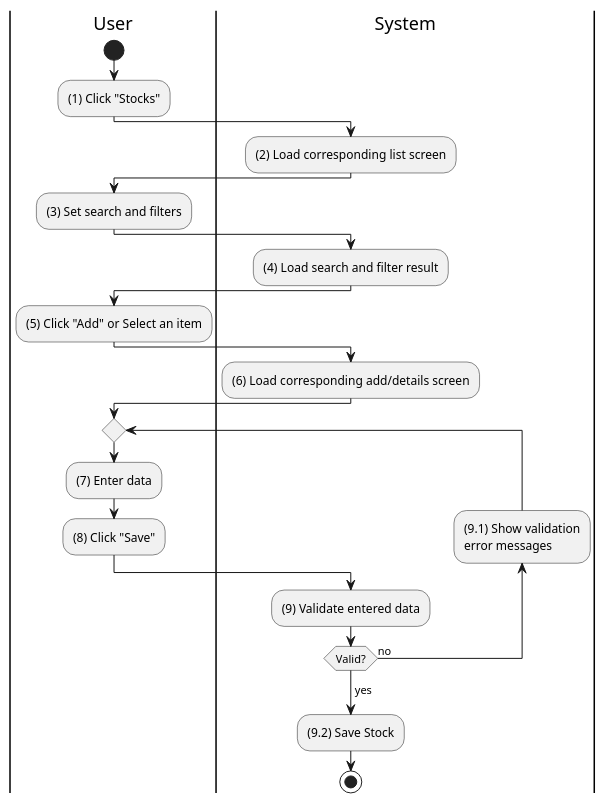
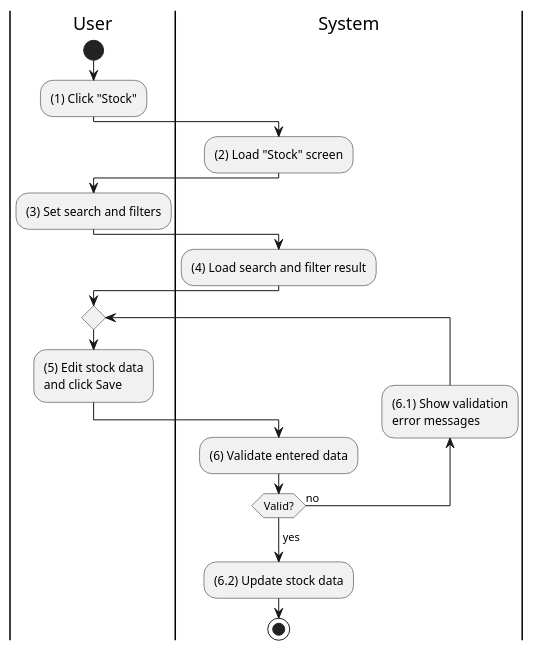
Before and after one commit to phihungha/scmss-reqs: the diagram in activities/inventory-stock-manage.plantuml, drawn with PlantUML. The commit also changed 13 other files, not shown here.

```diff
--- a/activities/inventory-stock-manage.plantuml
+++ b/activities/inventory-stock-manage.plantuml
@@ -1,37 +1,30 @@
 @startuml inventory-stock-manage
 |u|User
 |s|System
 
 |u|
 start
-:(1) Click "Stocks";
+:(1) Click "Stock";
 
 |s|
-:(2) Load corresponding list screen;
+:(2) Load "Stock" screen;
 
 |u|
 :(3) Set search and filters;
 
 |s|
 :(4) Load search and filter result;
 
 |u|
-:(5) Click "Add" or Select an item;
-
-|s|
-:(6) Load corresponding add/details screen;
-
-|u|
 repeat
-    :(7) Enter data;
-    :(8) Click "Save";
+    :(5) Edit stock data\nand click Save;
 
     |s|
-    :(9) Validate entered data;
-    backward:(9.1) Show validation
+    :(6) Validate entered data;
+    backward:(6.1) Show validation
     error messages;
 repeat while (Valid?) is (no)
 ->yes;
-:(9.2) Save Stock;
+:(6.2) Update stock data;
 stop
 @enduml
```
